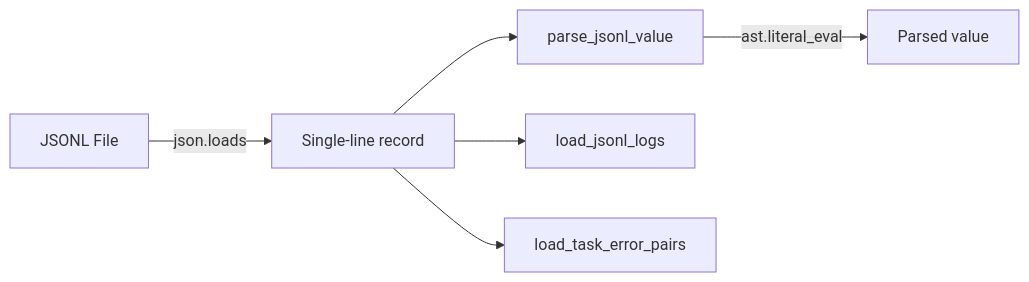
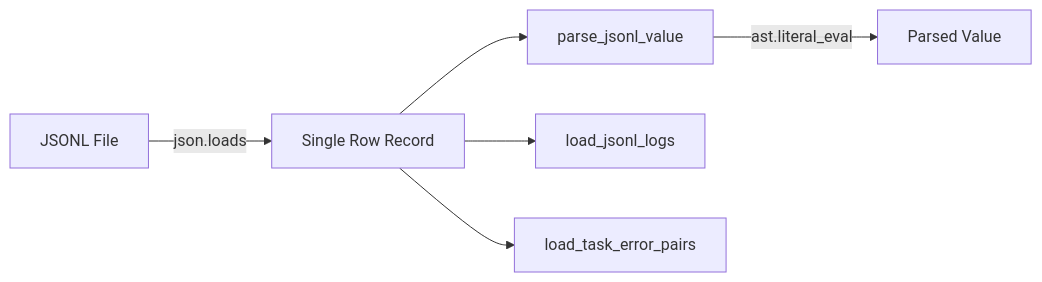
One commit to Mr-xiaotian/CelestialFlow changed the diagram in docs/en/src/persistence/util_jsonl.md. Above: the diagram before and after it, drawn with Mermaid. The commit also changed other lines of this file and 278 other files, not shown here.

````diff
--- a/docs/en/src/persistence/util_jsonl.md
+++ b/docs/en/src/persistence/util_jsonl.md
@@ -45,8 +46,8 @@
 ```mermaid
 flowchart LR
-    JSONL[JSONL File] -->|json.loads| Row[Single-line record]
+    JSONL[JSONL File] -->|json.loads| Row[Single Row Record]
     Row --> parse_jsonl_value
-    parse_jsonl_value -->|ast.literal_eval| Parsed[Parsed value]
+    parse_jsonl_value -->|ast.literal_eval| Parsed[Parsed Value]
     Row --> load_jsonl_logs[load_jsonl_logs]
     Row --> load_task_error_pairs[load_task_error_pairs]
 ```
````
